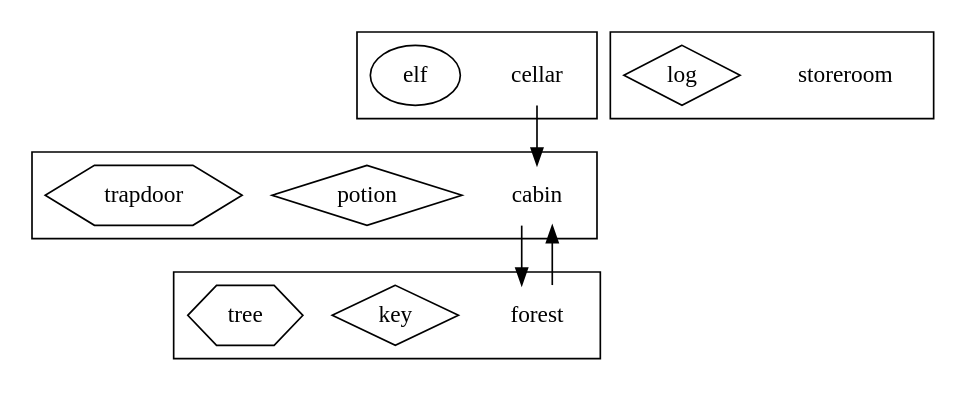
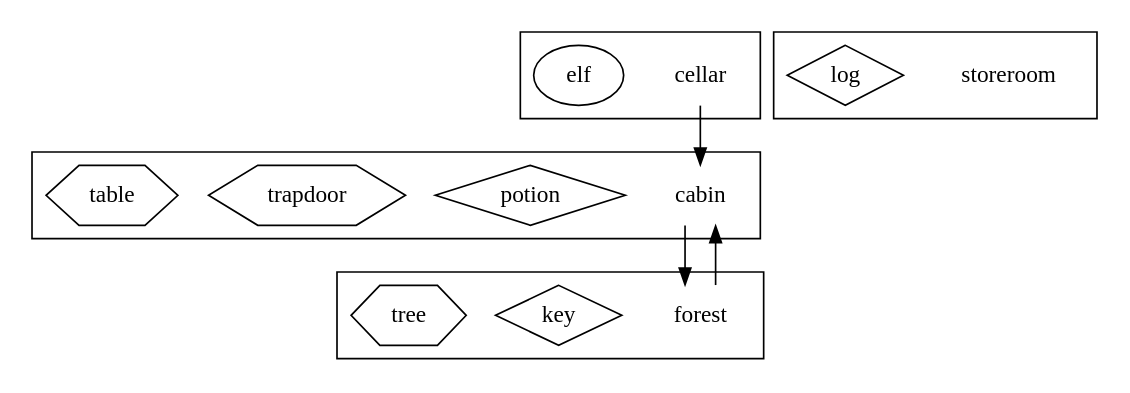
One commit to MasonSyj/CodeinJava changed the diagram in cw-stag/config/basic-entities.dot. Above: the diagram before and after it, drawn with Graphviz. The commit also changed 5 other files, not shown here.

```diff
--- a/cw-stag/config/basic-entities.dot
+++ b/cw-stag/config/basic-entities.dot
@@ -1,64 +1,65 @@
 digraph layout {
     /* ortho splines just makes the arrows into straight lines (rather than curvy ones !) */
     splines = ortho;
     node [shape = "rect"];
 
     subgraph locations {
         subgraph cluster001 {
             node [shape = "none"];
             cabin [description = "A log cabin in the woods"];
             subgraph artefacts {
                 node [shape = "diamond"];
                 potion [description = "Magic potion"];
             }
             subgraph furniture {
                 node [shape = "hexagon"];
                 trapdoor [description = "Wooden trapdoor"];
+                table [description = "A broken table"];
             }
         }
 
         subgraph cluster002 {
             node [shape = "none"];
             forest [description = "A dark forest"];
             subgraph artefacts {
                 node [shape = "diamond"];
                 key [description = "Brass key"];
             }
             subgraph furniture {
                 node [shape = "hexagon"];
                 tree [description = "A big tree"];
             }
         }
 
         subgraph cluster003 {
             node [shape = "none"];
             cellar [description = "A dusty cellar"]
             subgraph characters {
                 node [shape = "ellipse"];
                 elf [description = "Angry Elf"];
             }
         }
 
         subgraph cluster999 {
             node [shape = "none"];
             storeroom [description = "Storage for any entities not placed in the game"]
             subgraph characters {
                 node [shape = "ellipse"];
             }
             subgraph artefacts {
                 node [shape = "diamond"];
                 log [description = "A heavy wooden log"];
             }
             subgraph furniture {
                 node [shape = "hexagon"];
             }
         }
     }
 
     subgraph paths {
         cabin -> forest;
         forest -> cabin;
         cellar -> cabin;
     }
 
 }
```
